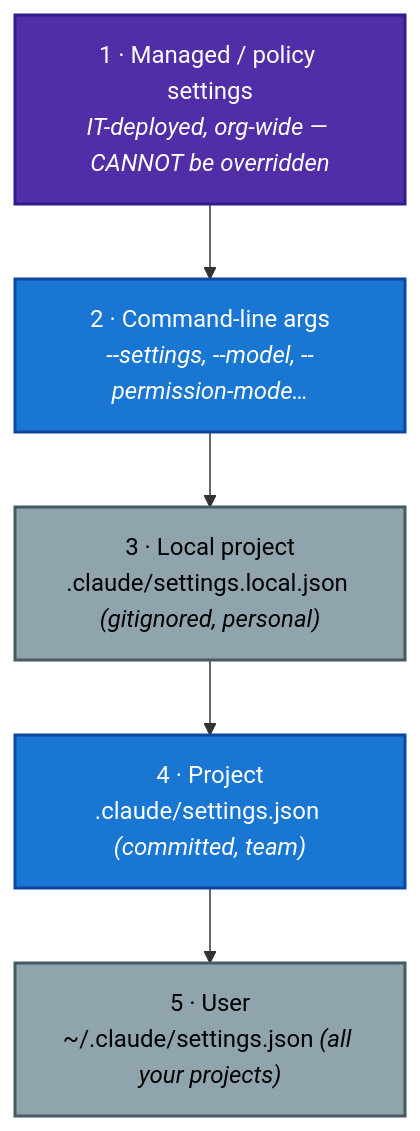
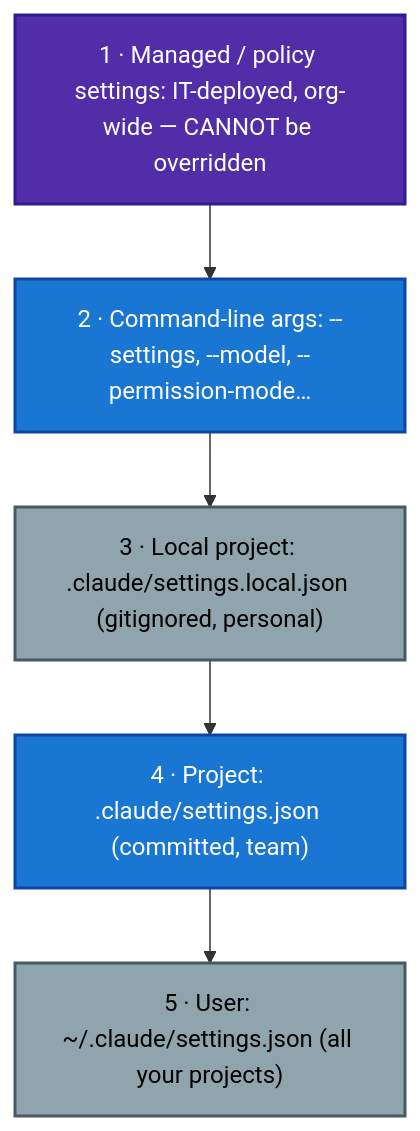
Diagram 12 of 12 in CCA-F/domains/d3-claude-code.md (parmar-m/claude-architect-certification-prep), drawn with Mermaid before and after one commit. The commit also changed other lines of this file and 25 other files, not shown here.

````diff
--- a/CCA-F/domains/d3-claude-code.md
+++ b/CCA-F/domains/d3-claude-code.md
@@ -458,13 +458,13 @@
 ```mermaid
 flowchart TD
-    M["1 · Managed / policy settings<br/><i>IT-deployed, org-wide — CANNOT be overridden</i>"] --> CLI["2 · Command-line args<br/><i>--settings, --model, --permission-mode…</i>"]
-    CLI --> L["3 · Local project<br/>.claude/settings.local.json <i>(gitignored, personal)</i>"]
-    L --> P["4 · Project<br/>.claude/settings.json <i>(committed, team)</i>"]
-    P --> U["5 · User<br/>~/.claude/settings.json <i>(all your projects)</i>"]
+    M["1 · Managed / policy settings: IT-deployed, org-wide — CANNOT be overridden"] --> CLI["2 · Command-line args: --settings, --model, --permission-mode…"]
+    CLI --> L["3 · Local project: .claude/settings.local.json (gitignored, personal)"]
+    L --> P["4 · Project: .claude/settings.json (committed, team)"]
+    P --> U["5 · User: ~/.claude/settings.json (all your projects)"]
     classDef managed fill:#512DA8,color:#fff,stroke:#311B92,stroke-width:2px
     classDef team fill:#1976D2,color:#fff,stroke:#0D47A1,stroke-width:2px
     classDef pers fill:#90A4AE,color:#000,stroke:#455A64,stroke-width:2px
     class M managed
     class CLI,P team
     class L,U pers
 ```
````
